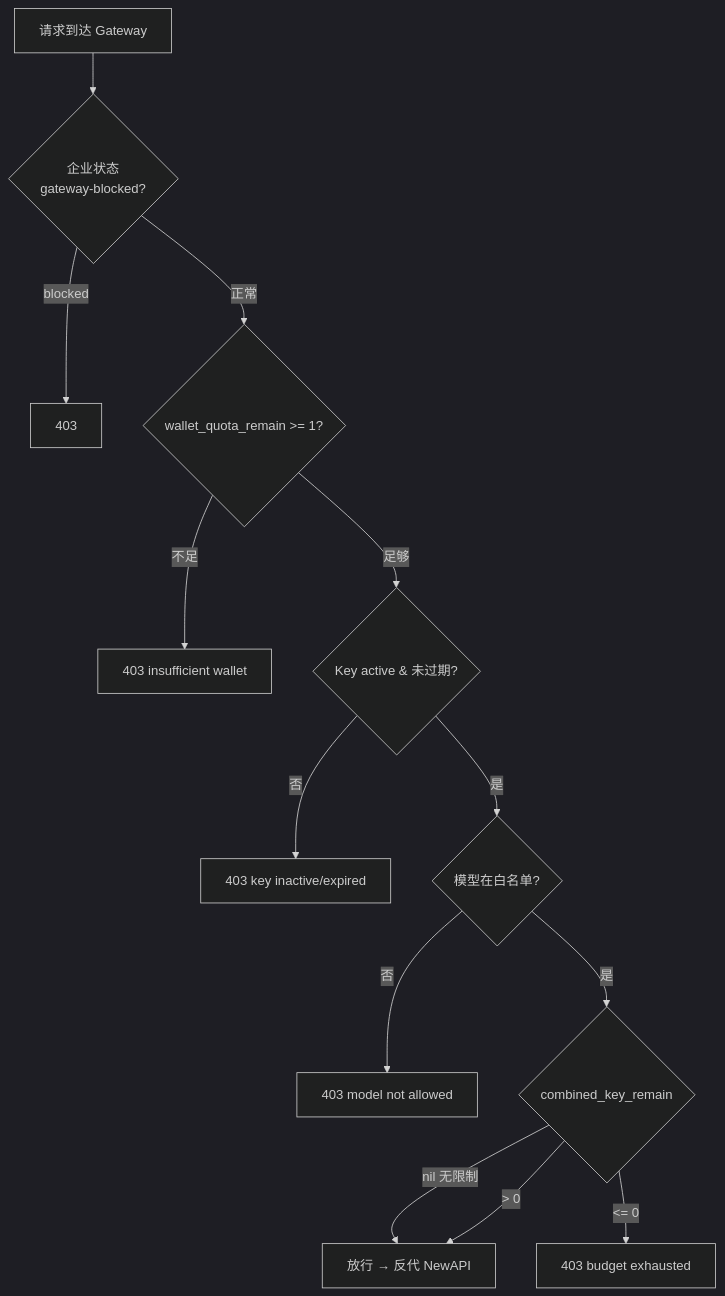
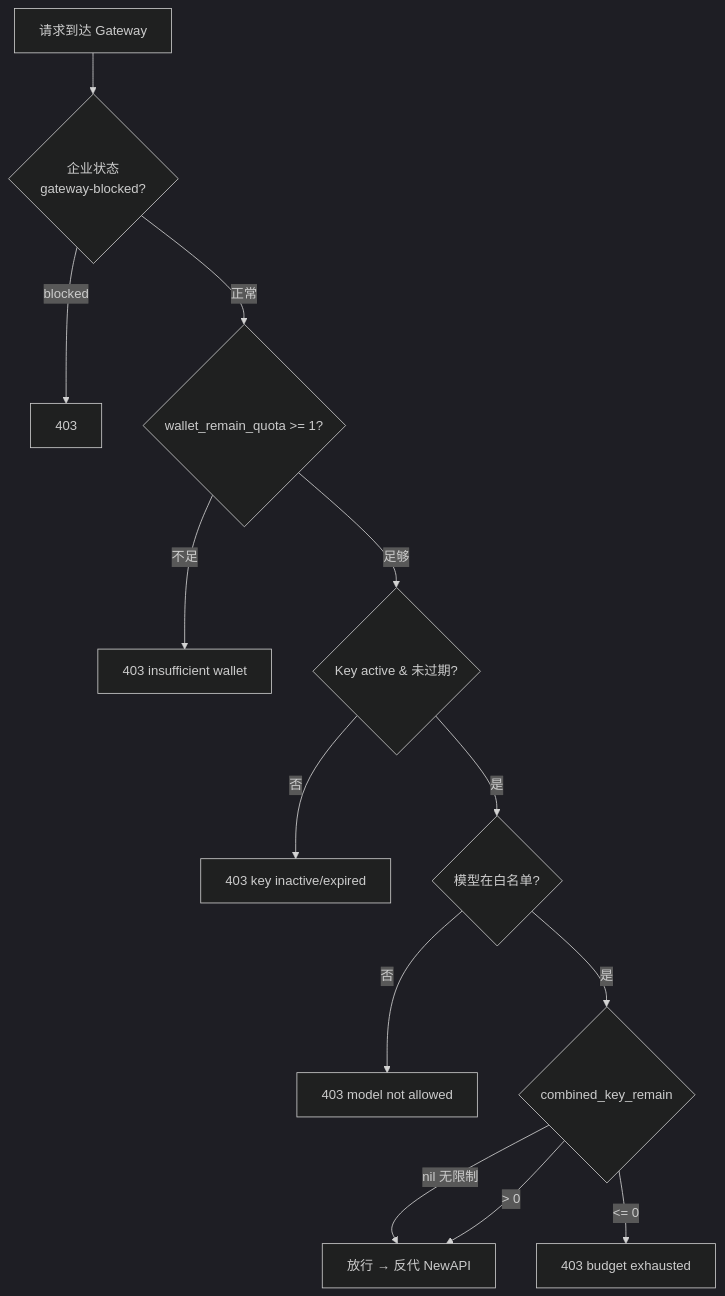
One commit to quyip8818/mytokenjoy changed the third of 10 diagrams in docs/reviews/budget-quota-billing-architecture.md. Above: the diagram before and after it, drawn with Mermaid (dark theme). The commit also changed other lines of this file and 49 other files, not shown here.

Commit message:
rename wallet_remain

````diff
--- a/docs/reviews/budget-quota-billing-architecture.md
+++ b/docs/reviews/budget-quota-billing-architecture.md
@@ -188,15 +188,15 @@
 ```mermaid
 flowchart TD
   Start[请求到达 Gateway] --> C1{企业状态<br/>gateway-blocked?}
   C1 -->|blocked| R1[403]
-  C1 -->|正常| C2{wallet_quota_remain >= 1?}
+  C1 -->|正常| C2{wallet_remain_quota >= 1?}
   C2 -->|不足| R2[403 insufficient wallet]
   C2 -->|足够| C3{Key active & 未过期?}
   C3 -->|否| R3[403 key inactive/expired]
   C3 -->|是| C4{模型在白名单?}
   C4 -->|否| R4[403 model not allowed]
   C4 -->|是| C5{combined_key_remain}
   C5 -->|nil 无限制| PASS[放行 → 反代 NewAPI]
   C5 -->|> 0| PASS
   C5 -->|<= 0| R5[403 budget exhausted]
 ```
````
